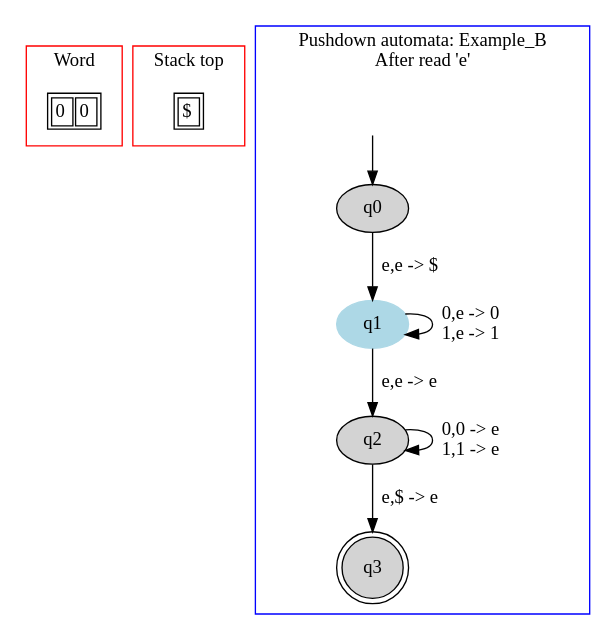
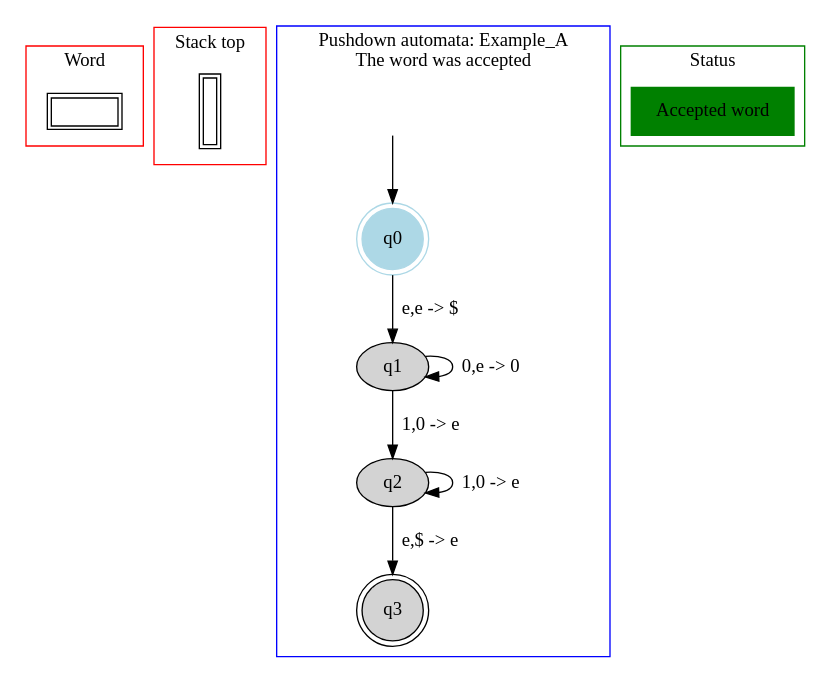
The diagram in PA/images/file2.dot (danielScLima/pushdown_automata), drawn with Graphviz before and after one commit. The commit also changed 28 other files, not shown here.

```diff
--- a/PA/images/file2.dot
+++ b/PA/images/file2.dot
@@ -1,45 +1,47 @@
 digraph G {
 	subgraph cluster_0 {
 		node [shape=plaintext];
 
 struct1 [label=<<TABLE>
 <TR>
-<TD><FONT>0</FONT></TD>
-<TD><FONT>0</FONT></TD>
-</TR>
+<TD width="50" height="10"> </TD></TR>
 </TABLE>>];
 label = "Word";
 color=red;
 }
 	subgraph cluster_2 {
 		node [shape=plaintext];
 
 struct2 [label=<<TABLE>
 <TR>
-<TD>
-$</TD>
+<TD width="10" height="50">
+</TD>
 </TR>
 </TABLE>>];
 label = "Stack top";
 color=red;
 }
 	subgraph cluster_1 {
 		node [style=filled];
-		label = "Pushdown automata: Example_B
-After read 'e'"
+		label = "Pushdown automata: Example_A
+The word was accepted"
 		color=blue;
 
-		q0;
-		q1 [color="lightblue"];
+		q0 [shape="doublecircle",color="lightblue"];
+		q1;
 		q2;
 		q3 [shape="doublecircle"];
 		q0->q1[label="e,e -> $"];
-		q1->q1[label="0,e -> 0
-1,e -> 1"];
-		q1->q2[label="e,e -> e"];
-		q2->q2[label="0,0 -> e
-1,1 -> e"];
+		q1->q1[label="0,e -> 0"];
+		q1->q2[label="1,0 -> e"];
+		q2->q2[label="1,0 -> e"];
 		q2->q3[label="e,$ -> e"];
 x [color=white, label=""];		x->q0	}
 
+subgraph cluster_1s {
+node [style=filled, shape=rect];
+cluster_1_n [label="Accepted word", color="green"];
+label = "Status";
+color=green;
 }
+}
```
